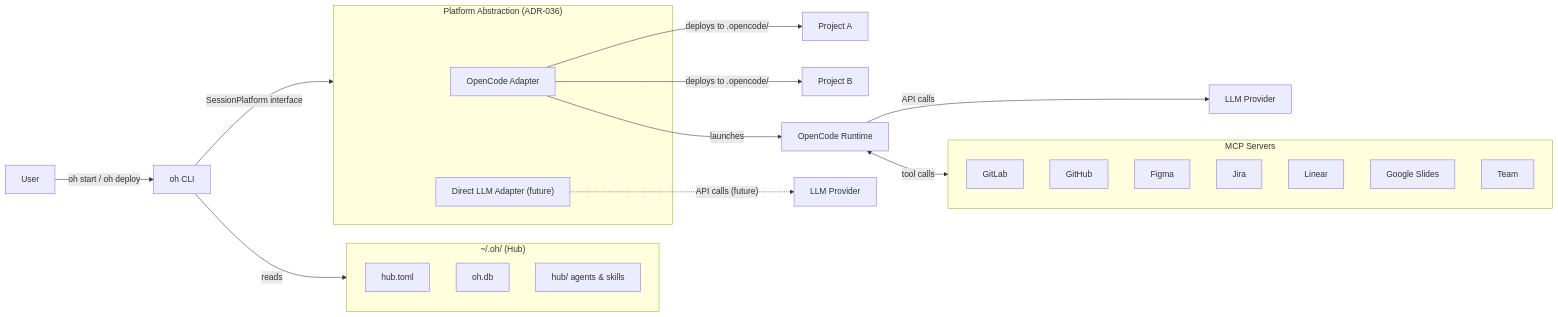
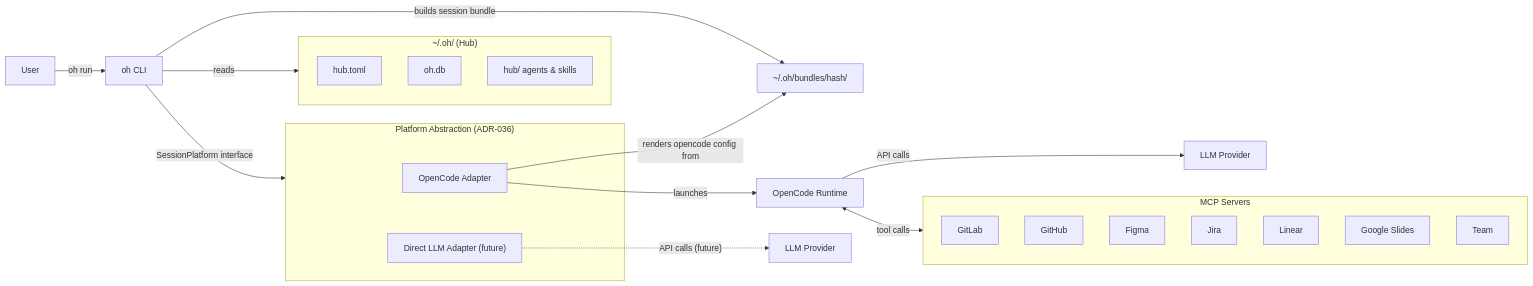
Before and after one commit to datichb/openhub: the first of 4 diagrams in docs/architecture/overview.en.md, drawn with Mermaid. The commit also changed other lines of this file and 92 other files, not shown here.

````diff
--- a/docs/architecture/overview.en.md
+++ b/docs/architecture/overview.en.md
@@ -7,36 +7,36 @@
 ```mermaid
 flowchart LR
-    U["User"] -->|"oh start / oh deploy"| CLI["oh CLI"]
+    U["User"] -->|"oh run"| CLI["oh CLI"]
 
     subgraph Hub ["~/.oh/ (Hub)"]
         TOML["hub.toml"]
         DB["oh.db"]
         HC["hub/ agents & skills"]
     end
 
     CLI -->|reads| Hub
 
     subgraph Platform ["Platform Abstraction (ADR-036)"]
         OCA["OpenCode Adapter"]
         DLA["Direct LLM Adapter (future)"]
     end
 
     CLI -->|"SessionPlatform interface"| Platform
-    OCA -->|"deploys to .opencode/"| P1["Project A"]
-    OCA -->|"deploys to .opencode/"| P2["Project B"]
+    CLI -->|"builds session bundle"| BUN["~/.oh/bundles/hash/"]
+    OCA -->|"renders opencode config from"| BUN
     OCA -->|launches| OC["OpenCode Runtime"]
     DLA -.->|"API calls (future)"| LLM2["LLM Provider"]
     OC -->|API calls| LLM["LLM Provider"]
 
     subgraph MCP ["MCP Servers"]
         GL["GitLab"]
         GH["GitHub"]
         FIG["Figma"]
         JI["Jira"]
         LN["Linear"]
         GS["Google Slides"]
         TM["Team"]
     end
 
     OC <-->|tool calls| MCP
 ```
````
